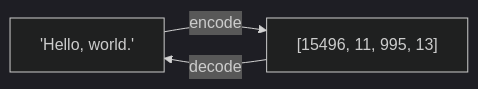
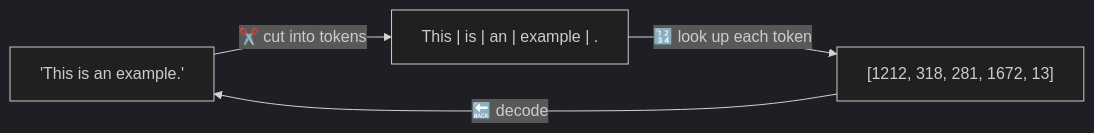
The second of 10 diagrams in docs/01-tokenization.md (Ranjeet0611/tinygpt), drawn with Mermaid (dark theme) before and after one commit. The commit also changed other lines of this file and 9 other files, not shown here.

````diff
--- a/docs/01-tokenization.md
+++ b/docs/01-tokenization.md
@@ -14,5 +27,6 @@
 ```mermaid
 flowchart LR
-    A["'Hello, world.'"] -->|"encode"| B["[15496, 11, 995, 13]"]
-    B -->|"decode"| A
+    T["'This is an example.'"] -->|"✂️ cut into tokens"| K["This | is | an | example | ."]
+    K -->|"🔢 look up each token"| I["[1212, 318, 281, 1672, 13]"]
+    I -->|"🔙 decode"| T
 ```
````
